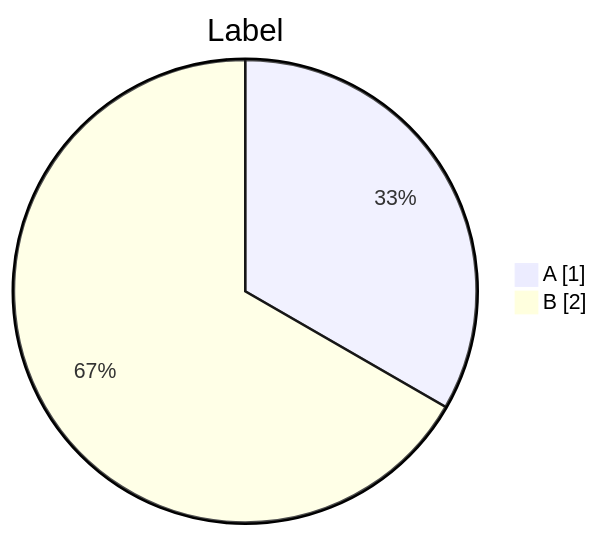
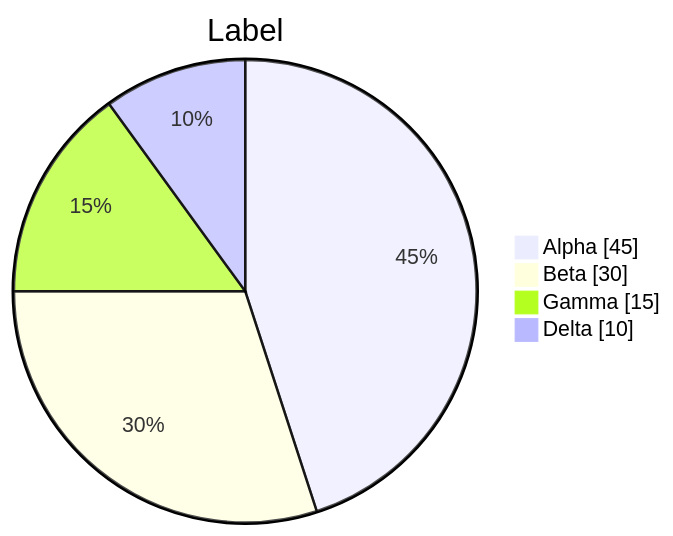
One commit to bsamiee/Rasm changed the fifth of 21 diagrams in .claude/skills/mermaid-diagramming/references/syntax-extended.md. Above: the diagram before and after it, drawn with Mermaid. The commit also changed other lines of this file and 38 other files, not shown here.

````diff
--- a/.claude/skills/mermaid-diagramming/references/syntax-extended.md
+++ b/.claude/skills/mermaid-diagramming/references/syntax-extended.md
@@ -91,6 +100,8 @@
 ```mermaid
 pie showData
   title Label
-  "A" : 1
-  "B" : 2
+  "Alpha" : 45
+  "Beta" : 30
+  "Gamma" : 15
+  "Delta" : 10
 ```
````
